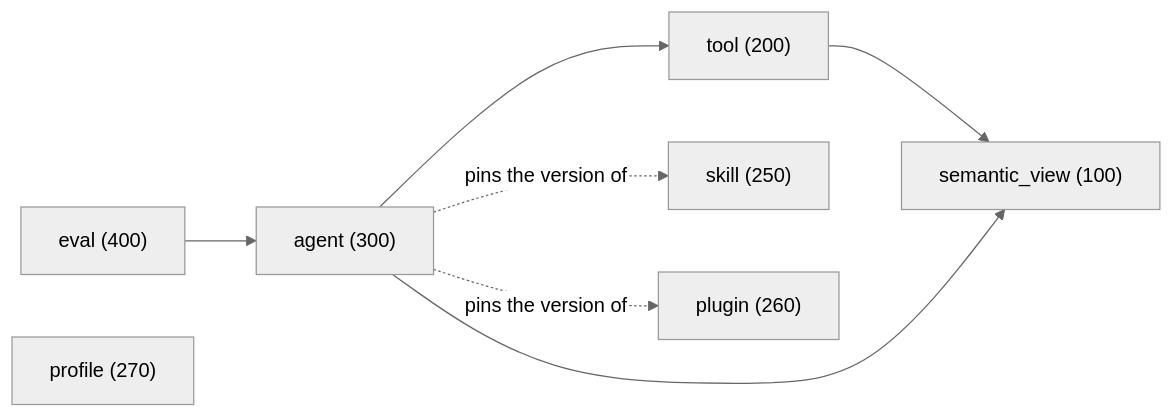
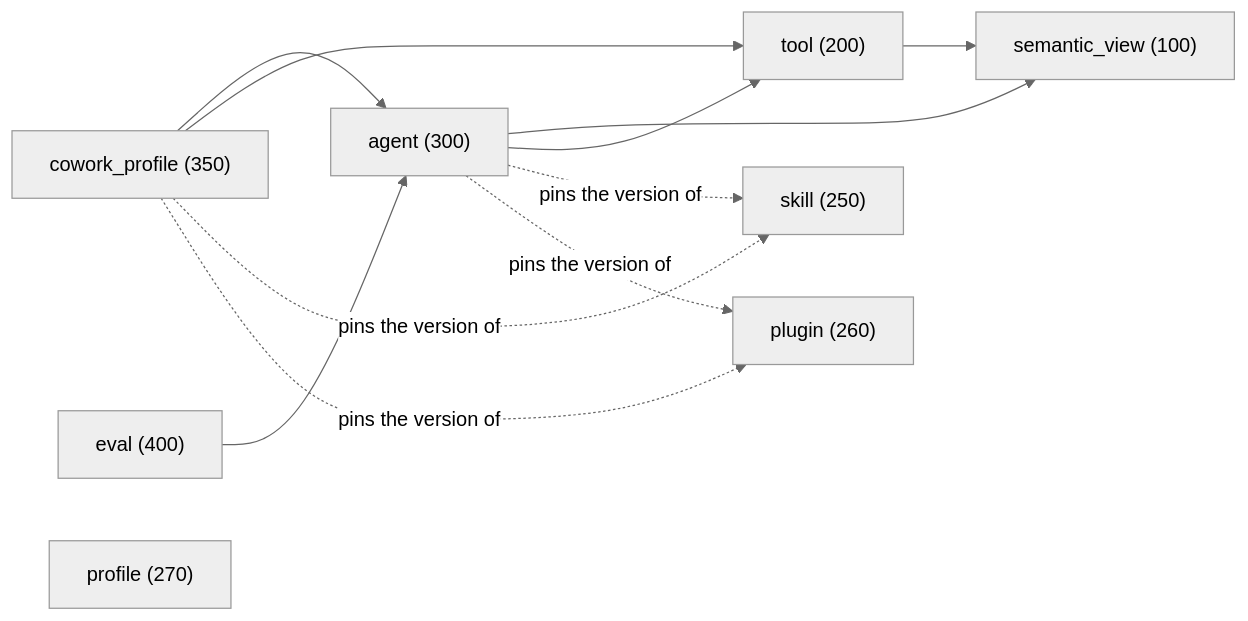
Before and after one commit to WhoopInc/snowflake-semantic-tools: the first of 3 diagrams in docs/concepts.md, drawn with Mermaid (neutral theme). The commit also changed other lines of this file and 6 other files, not shown here.

````diff
--- a/docs/concepts.md
+++ b/docs/concepts.md
@@ -29,10 +30,14 @@
 ```mermaid
 flowchart LR
     tool["tool (200)"] --> semantic_view["semantic_view (100)"]
     agent["agent (300)"] --> semantic_view
     agent --> tool
     agent -.->|pins the version of| skill["skill (250)"]
     agent -.->|pins the version of| plugin["plugin (260)"]
+    cowork_profile["cowork_profile (350)"] --> agent
+    cowork_profile --> tool
+    cowork_profile -.->|pins the version of| skill
+    cowork_profile -.->|pins the version of| plugin
     evals["eval (400)"] --> agent
     profile["profile (270)"]
 ```
````
